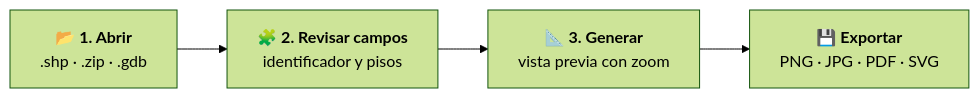
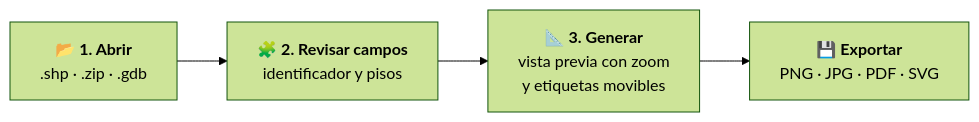
The first of 3 diagrams in README.md (sparveriusdev/GeneradorCroquis), drawn with Mermaid (forest theme) before and after one commit. The commit also changed other lines of this file and 10 other files, not shown here.

````diff
--- a/README.md
+++ b/README.md
@@ -110,6 +113,6 @@
 ```mermaid
 flowchart LR
     A["📂 <b>1. Abrir</b><br/>.shp · .zip · .gdb"] --> B["🧩 <b>2. Revisar campos</b><br/>identificador y pisos"]
-    B --> C["📐 <b>3. Generar</b><br/>vista previa con zoom"]
+    B --> C["📐 <b>3. Generar</b><br/>vista previa con zoom<br/>y etiquetas movibles"]
     C --> D["💾 <b>Exportar</b><br/>PNG · JPG · PDF · SVG"]
 ```
````
